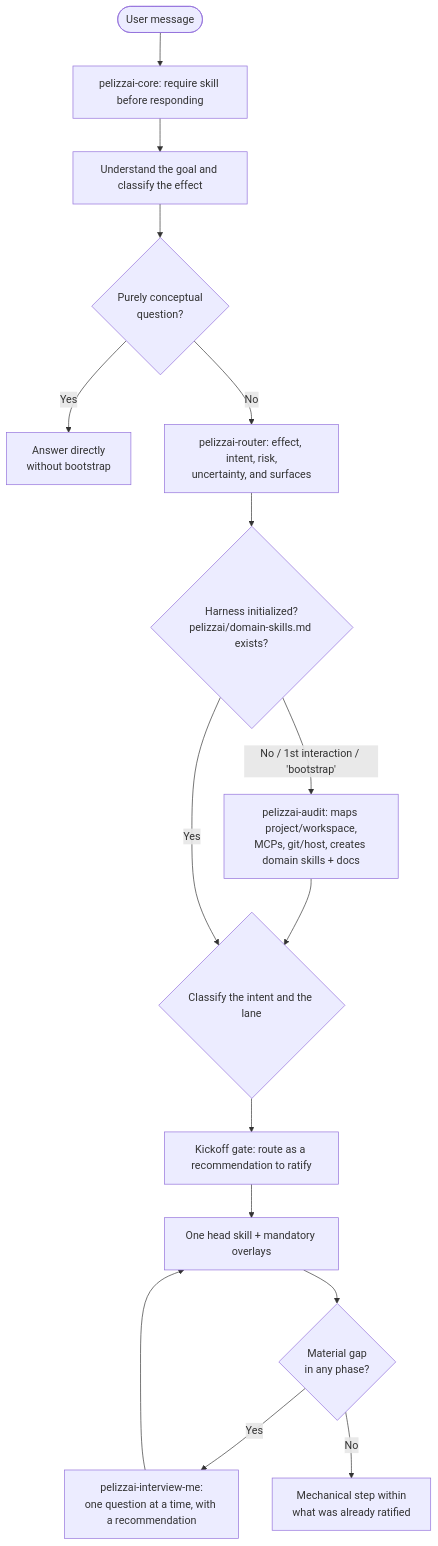
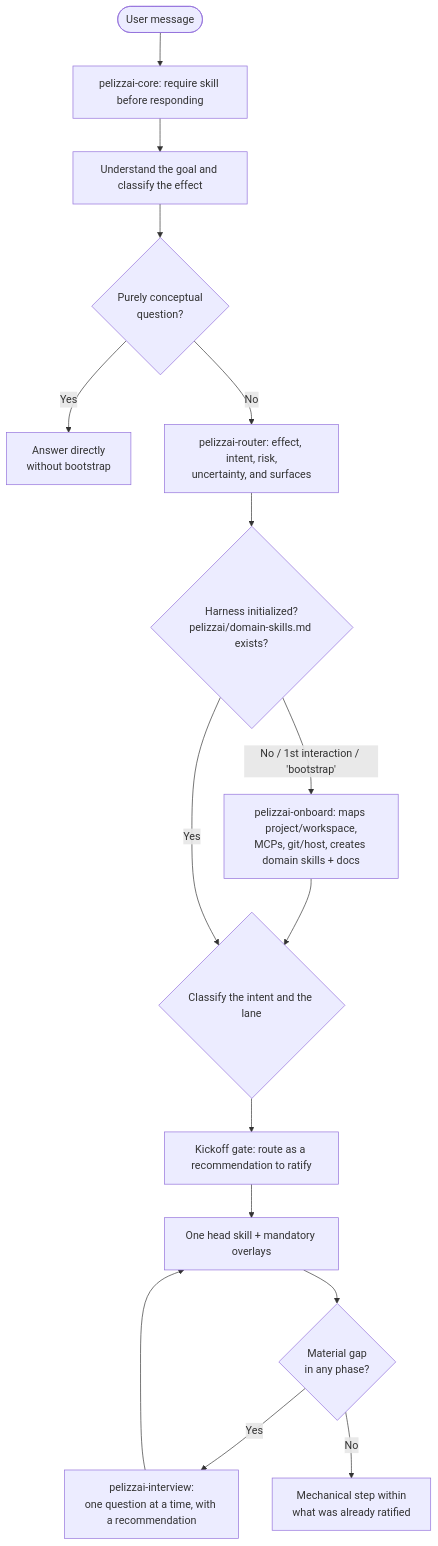
One commit to rpelizza/PelizzAI changed the diagram in .claude/skills/pelizzai-core/SKILL.md. Above: the diagram before and after it, drawn with Mermaid. The commit also changed other lines of this file and 440 other files, not shown here.

````diff
--- a/.claude/skills/pelizzai-core/SKILL.md
+++ b/.claude/skills/pelizzai-core/SKILL.md
@@ -187,18 +187,18 @@
 ```mermaid
 flowchart TD
     U(["User message"]) --> P["pelizzai-core: require skill before responding"]
     P --> G["Understand the goal and classify the effect"]
     G --> CONC{"Purely conceptual<br/>question?"}
     CONC -- "Yes" --> ANSC["Answer directly<br/>without bootstrap"]
     CONC -- "No" --> RT["pelizzai-router: effect, intent, risk,<br/>uncertainty, and surfaces"]
     RT --> BOOT{"Harness initialized?<br/>pelizzai/domain-skills.md exists?"}
-    BOOT -- "No / 1st interaction / 'bootstrap'" --> AUD["pelizzai-audit: maps project/workspace,<br/>MCPs, git/host, creates domain skills + docs"]
+    BOOT -- "No / 1st interaction / 'bootstrap'" --> AUD["pelizzai-onboard: maps project/workspace,<br/>MCPs, git/host, creates domain skills + docs"]
     AUD --> CLS
     BOOT -- "Yes" --> CLS{"Classify the intent and the lane"}
     CLS --> KICK["Kickoff gate: route as a recommendation to ratify"]
     KICK --> HEAD["One head skill + mandatory overlays"]
     HEAD --> GAP{"Material gap<br/>in any phase?"}
-    GAP -- "Yes" --> IV["pelizzai-interview-me:<br/>one question at a time, with a recommendation"]
+    GAP -- "Yes" --> IV["pelizzai-interview:<br/>one question at a time, with a recommendation"]
     IV --> HEAD
     GAP -- "No" --> GO["Mechanical step within<br/>what was already ratified"]
 ```
````
